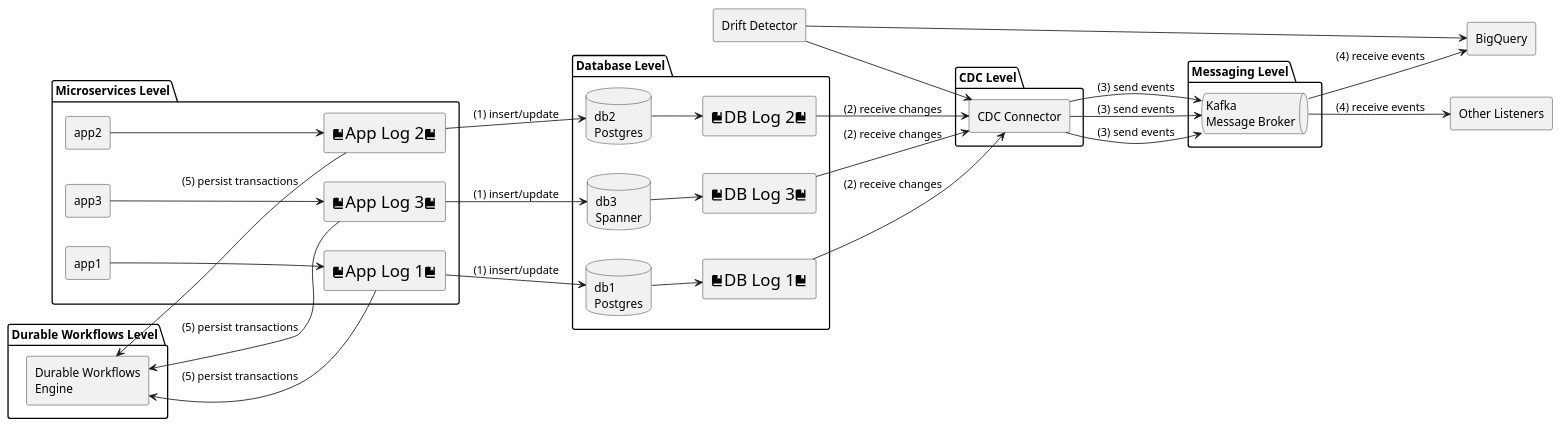
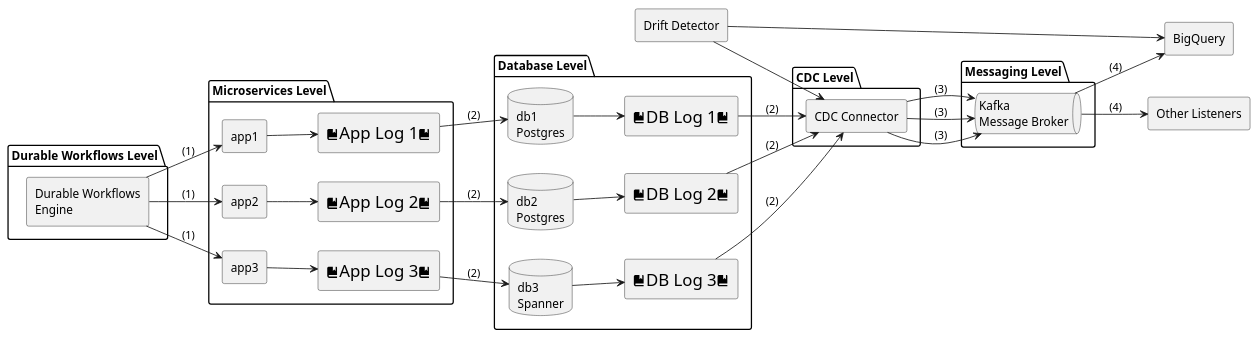
Before and after one commit to chinadupaya/resilient-flows-test: the diagram in docs/layers-overview/simplified overview-all.wsd, drawn with PlantUML. The commit also changed 8 other files, not shown here.

```diff
--- a/docs/layers-overview/simplified overview-all.wsd
+++ b/docs/layers-overview/simplified overview-all.wsd
@@ -1,133 +1,133 @@
 @startuml high-level-diagram
 left to right direction
 skinparam componentStyle rectangle
 
 ' =========================
 ' Microservices Level
 ' =========================
 package "Microservices Level" {
   component "app1" as app1
   component "app2" as app2
   component "app3" as app3
 
   component "<size:20><&book>App Log 1<&book></size>" as appLog1
   component "<size:20><&book>App Log 2<&book></size>" as appLog2
   component "<size:20><&book>App Log 3<&book></size>" as appLog3
 
   
 }
 
 ' =========================
 ' Durable Workflows Level
 ' =========================
 package "Durable Workflows Level" {
   component "Durable Workflows\nEngine" as temporal
 }
 
 ' =========================
 ' Database Level
 ' =========================
 package "Database Level" {
   database "db1\nPostgres" as db1
   database "db2\nPostgres" as db2
   database "db3\nSpanner" as db3
 
   component "<size:20><&book>DB Log 1<&book></size>" as dbLog1
   component "<size:20><&book>DB Log 2<&book></size>" as dbLog2
   component "<size:20><&book>DB Log 3<&book></size>" as dbLog3
 }
 
 ' =========================
 ' Messaging Level
 ' =========================
 package "Messaging Level" {
   queue "Kafka\nMessage Broker" as kafka
 }
 
 ' =========================
 ' CDC Level
 ' =========================
 package "CDC Level" {
 '   component "DB\nConnector1" as debez1
 '   component "DB\nConnector2" as debez2
 '   component "DB\nConnector3" as spannerCDC
   component "CDC Connector" as cdcConnector
   
 }
 
 component "Drift Detector" as driftDetector
 
 ' =========================
 ' External Consumers
 ' =========================
 component "BigQuery" as bigquery
 component "Other Listeners" as listeners
 
 ' =========================
 ' Observability
 ' =========================
 ' package "Observability Level" {
 '   component "Dashboards" as dashboards
 '   component "Logs" as logs
 '   component "Metrics" as metrics
 ' }
 
 ' =========================
 ' App -> DurableState writes
 ' =========================
 
 app1 --> appLog1
 app2 --> appLog2
 app3 --> appLog3
 
 ' =========================
 ' App -> DB writes
 ' =========================
-appLog1 --> db1 : (1) insert/update
-appLog2 --> db2 : (1) insert/update
-appLog3 --> db3 : (1) insert/update
+appLog1 --> db1 : (2)
+appLog2 --> db2 : (2)
+appLog3 --> db3 : (2)
 
 
 ' =========================
 ' DB -> Log writes
 ' =========================
 db1 --> dbLog1
 db2 --> dbLog2
 db3 --> dbLog3
 
 ' =========================
 ' CDC reads DB changes
 ' =========================
-dbLog1 --> cdcConnector : (2) receive changes
-dbLog2 --> cdcConnector : (2) receive changes
-dbLog3 --> cdcConnector : (2) receive changes
+dbLog1 --> cdcConnector : (2)
+dbLog2 --> cdcConnector : (2)
+dbLog3 --> cdcConnector : (2)
 
 
 ' =========================
 ' Drift Detector Accepts events
 ' =========================
 driftDetector --> cdcConnector
 driftDetector --> bigquery
 
 ' =========================
 ' CDC -> Kafka
 ' =========================
-cdcConnector --> kafka : (3) send events
-cdcConnector --> kafka : (3) send events
-cdcConnector --> kafka : (3) send events
+cdcConnector --> kafka : (3)
+cdcConnector --> kafka : (3)
+cdcConnector --> kafka : (3)
 
 ' =========================
 ' Kafka -> Consumers
 ' =========================
-kafka --> bigquery : (4) receive events
-kafka --> listeners : (4) receive events
-' kafka --> temporal : (4) receive events
+kafka --> bigquery : (4)
+kafka --> listeners : (4)
+' kafka --> temporal : (4)
 
 ' =========================
 ' Workflow -> Apps
 ' =========================
-temporal <-- appLog1 : (5) persist transactions
-temporal <-- appLog2 : (5) persist transactions
-temporal <-- appLog3 : (5) persist transactions
+temporal --> app1 : (1)
+temporal --> app2 : (1)
+temporal --> app3 : (1)
 
 @enduml
```
